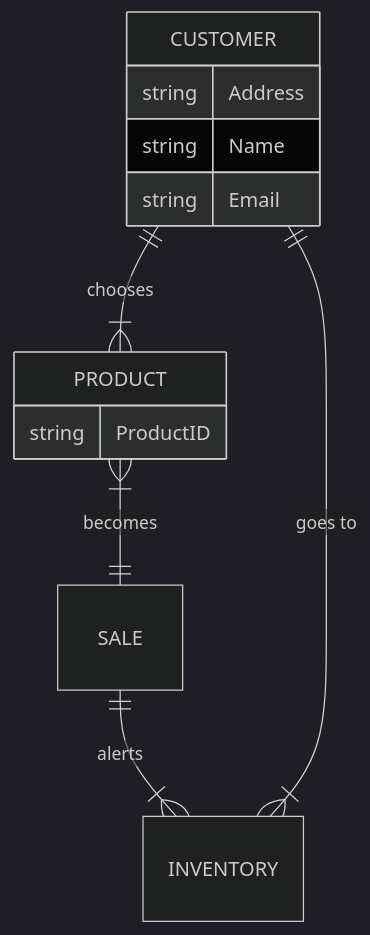
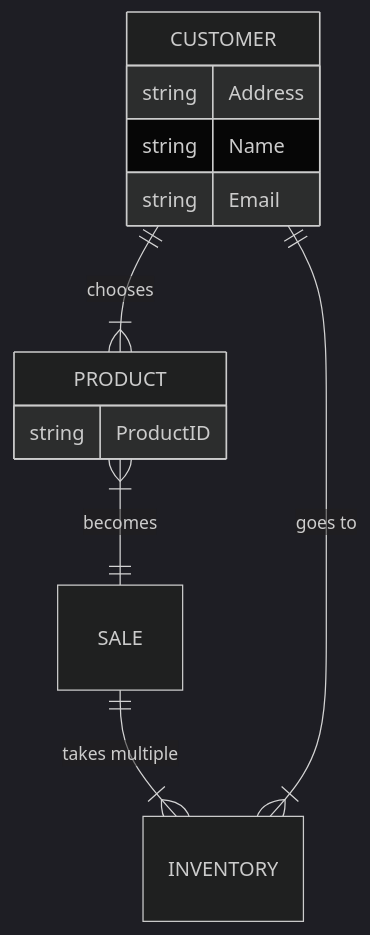
Before and after one commit to rose-wt/rose-wt.github.io: the diagram in NikeStore_ERD.md, drawn with Mermaid (dark theme). The commit also changed other lines of this file, not shown here.

````diff
--- a/NikeStore_ERD.md
+++ b/NikeStore_ERD.md
@@ -1,15 +1,15 @@
 ```mermaid
 erDiagram
    CUSTOMER ||--|{ PRODUCT : chooses
     CUSTOMER {
         string Address
         string Name
         string Email
     }
     PRODUCT |{--|| SALE : becomes
     PRODUCT {
         string ProductID
     }
-    SALE ||--|{ INVENTORY : alerts
+    SALE ||--|{ INVENTORY : "takes multiple"
     INVENTORY |{--|| CUSTOMER : "goes to"
 ```
````
